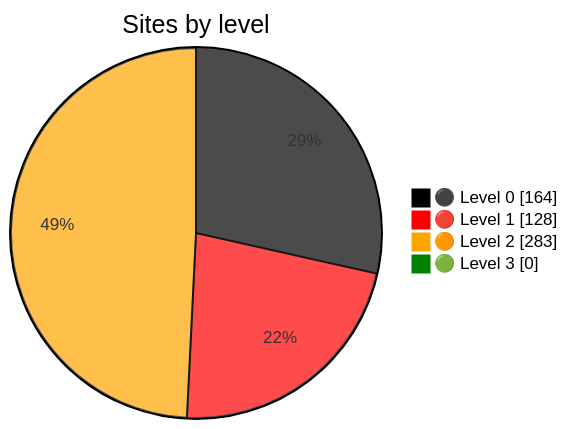
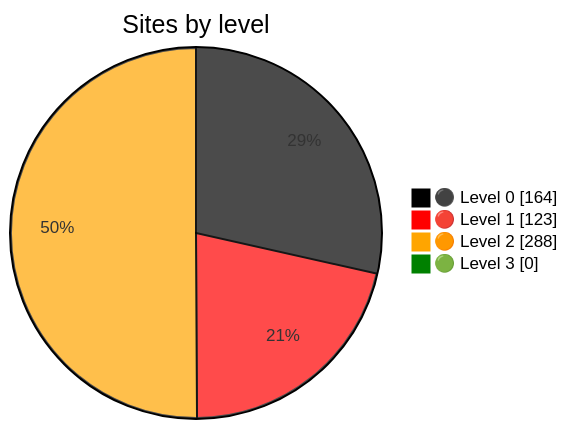
One commit to nuuuwan/gov_lk_web_auditor changed the diagram in README.md. Above: the diagram before and after it, drawn with Mermaid. The commit also changed other lines of this file and 2597 other files, not shown here.

````diff
--- a/README.md
+++ b/README.md
@@ -24,9 +24,9 @@
 ```mermaid
 %%{init: {"themeVariables":{"pie1":"black","pie2":"red","pie3":"orange","pie4":"green"}}}%%
 pie showData
     title Sites by level
     "⚫ Level 0" : 164
-    "🔴 Level 1" : 128
-    "🟠 Level 2" : 283
+    "🔴 Level 1" : 123
+    "🟠 Level 2" : 288
     "🟢 Level 3" : 0
 ```
````
